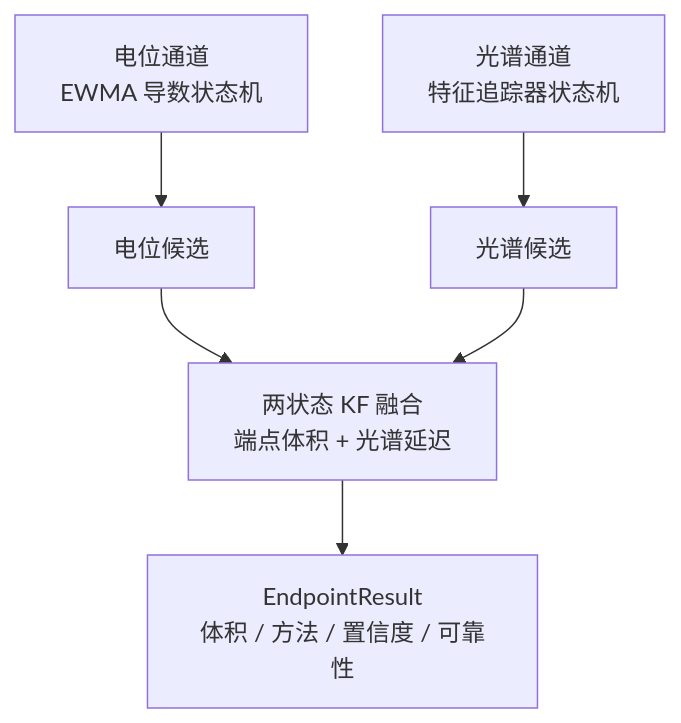
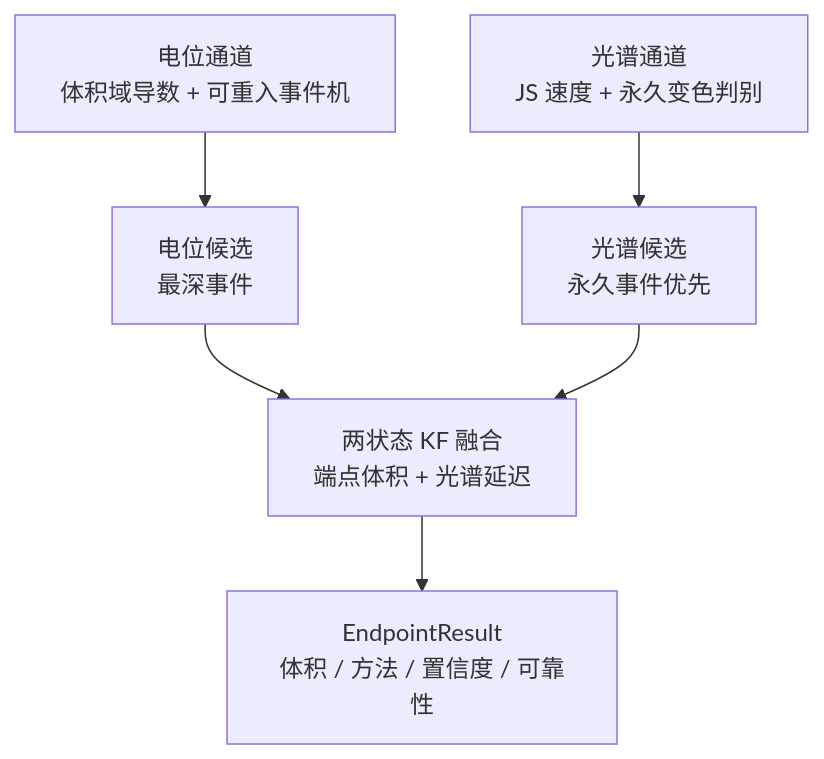
Before and after one commit to ZhiYi-R/AutoTitrator-Free: the diagram in docs/algorithm-report.md, drawn with Mermaid. The commit also changed other lines of this file and 1 other file, not shown here.

````diff
--- a/docs/algorithm-report.md
+++ b/docs/algorithm-report.md
@@ -13,8 +13,8 @@
 ```mermaid
 flowchart TD
-    A[电位通道<br/>EWMA 导数状态机] --> C[电位候选]
-    B[光谱通道<br/>特征追踪器状态机] --> D[光谱候选]
+    A[电位通道<br/>体积域导数 + 可重入事件机] --> C[电位候选<br/>最深事件]
+    B[光谱通道<br/>JS 速度 + 永久变色判别] --> D[光谱候选<br/>永久事件优先]
     C --> E[两状态 KF 融合<br/>端点体积 + 光谱延迟]
     D --> E
     E --> F[EndpointResult<br/>体积 / 方法 / 置信度 / 可靠性]
 ```
````
